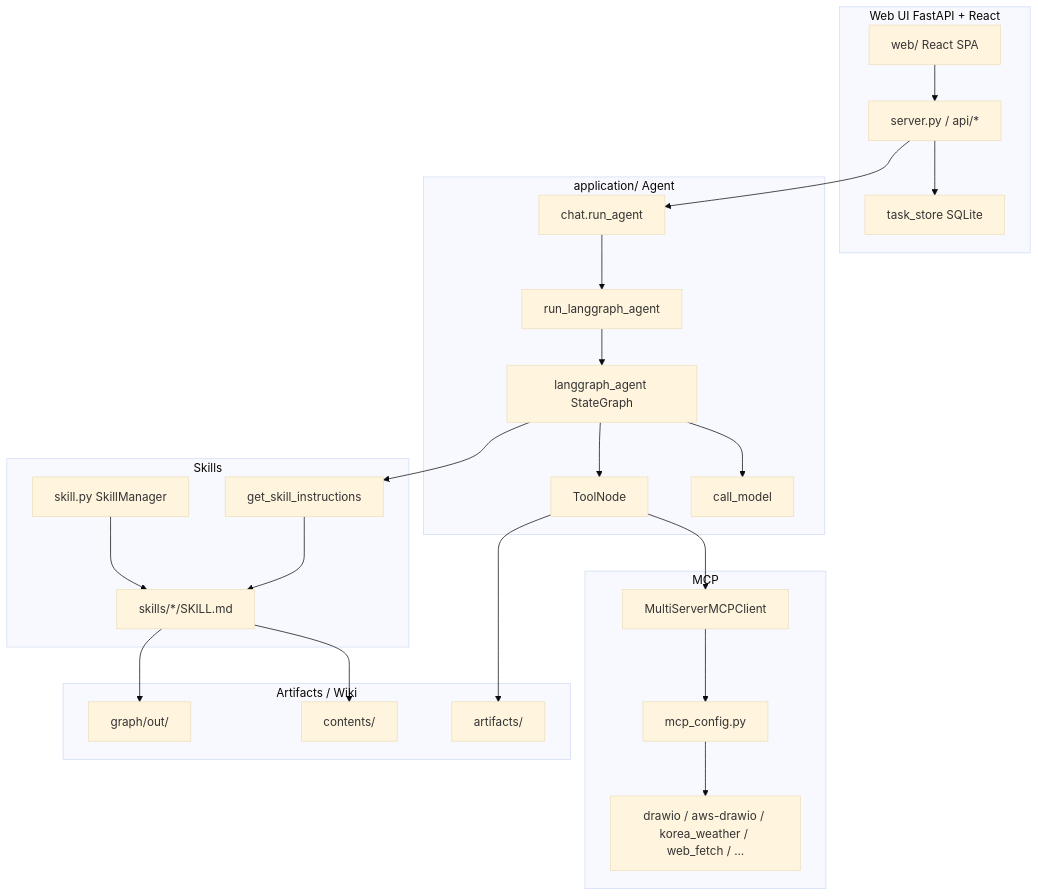
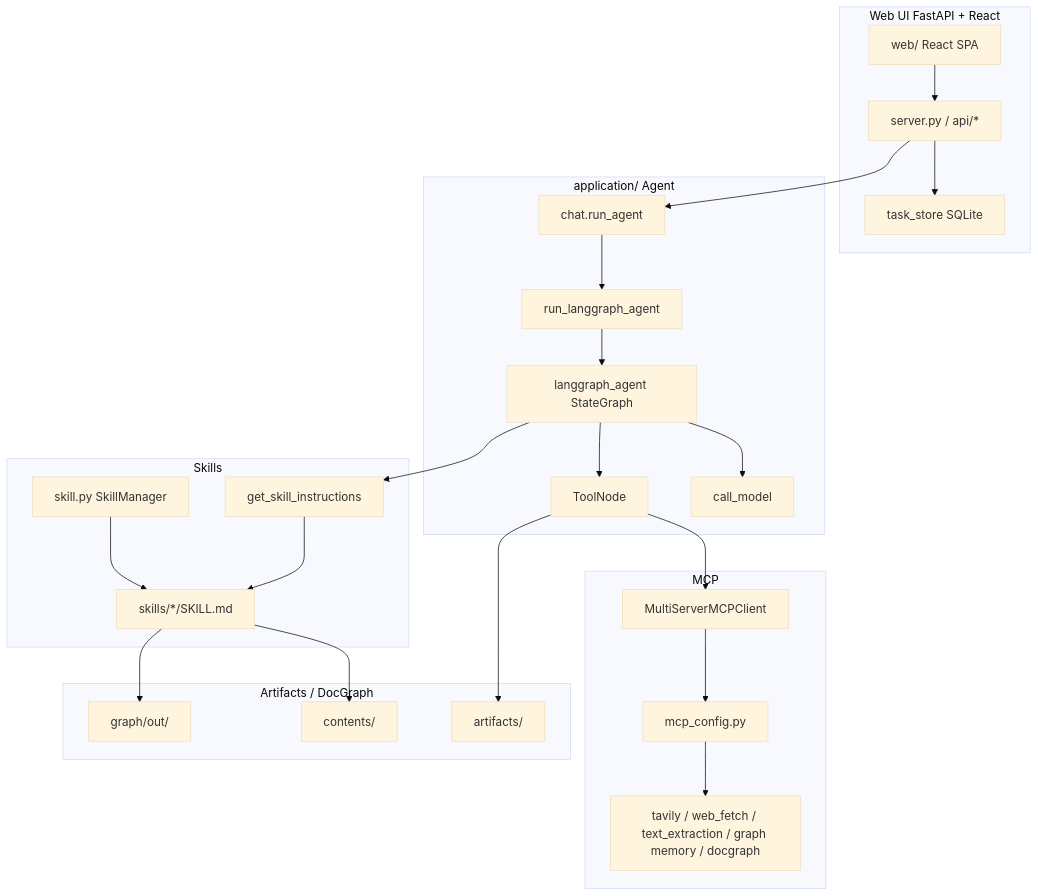
The first of 2 diagrams in README.md (kyopark2014/docgraph-intelligence), drawn with Mermaid (base theme) before and after one commit. The commit also changed other lines of this file and 19 other files, not shown here.

````diff
--- a/README.md
+++ b/README.md
@@ -59,51 +109,51 @@
 ```mermaid
 flowchart TB
   subgraph UI["Web UI FastAPI + React"]
     SPA["web/ React SPA"]
     API["server.py / api/*"]
     TS[task_store SQLite]
   end
 
   subgraph Agent["application/ Agent"]
     RA["chat.run_agent"]
     RLA["run_langgraph_agent"]
     SG["langgraph_agent StateGraph"]
     CM[call_model]
     TN[ToolNode]
   end
 
   subgraph Skills["Skills"]
     SM[skill.py SkillManager]
     SK["skills/*/SKILL.md"]
     GSI[get_skill_instructions]
   end
 
   subgraph MCP["MCP"]
     CFG[mcp_config.py]
-    SRV["drawio / aws-drawio / korea_weather / web_fetch / ..."]
+    SRV["tavily / web_fetch / text_extraction / graph memory / docgraph"]
     CLI[MultiServerMCPClient]
   end
 
-  subgraph Storage["Artifacts / Wiki"]
+  subgraph Storage["Artifacts / DocGraph"]
     ART[artifacts/]
     CONT[contents/]
     GOUT[graph/out/]
   end
 
   SPA --> API
   API --> TS
   API --> RA
   RA --> RLA
   RLA --> SG
   SG --> CM
   SG --> TN
   SG --> GSI
   SM --> SK
   GSI --> SK
   TN --> CLI
   CLI --> CFG
   CFG --> SRV
   TN --> ART
   SK --> CONT
   SK --> GOUT
 ```
````
